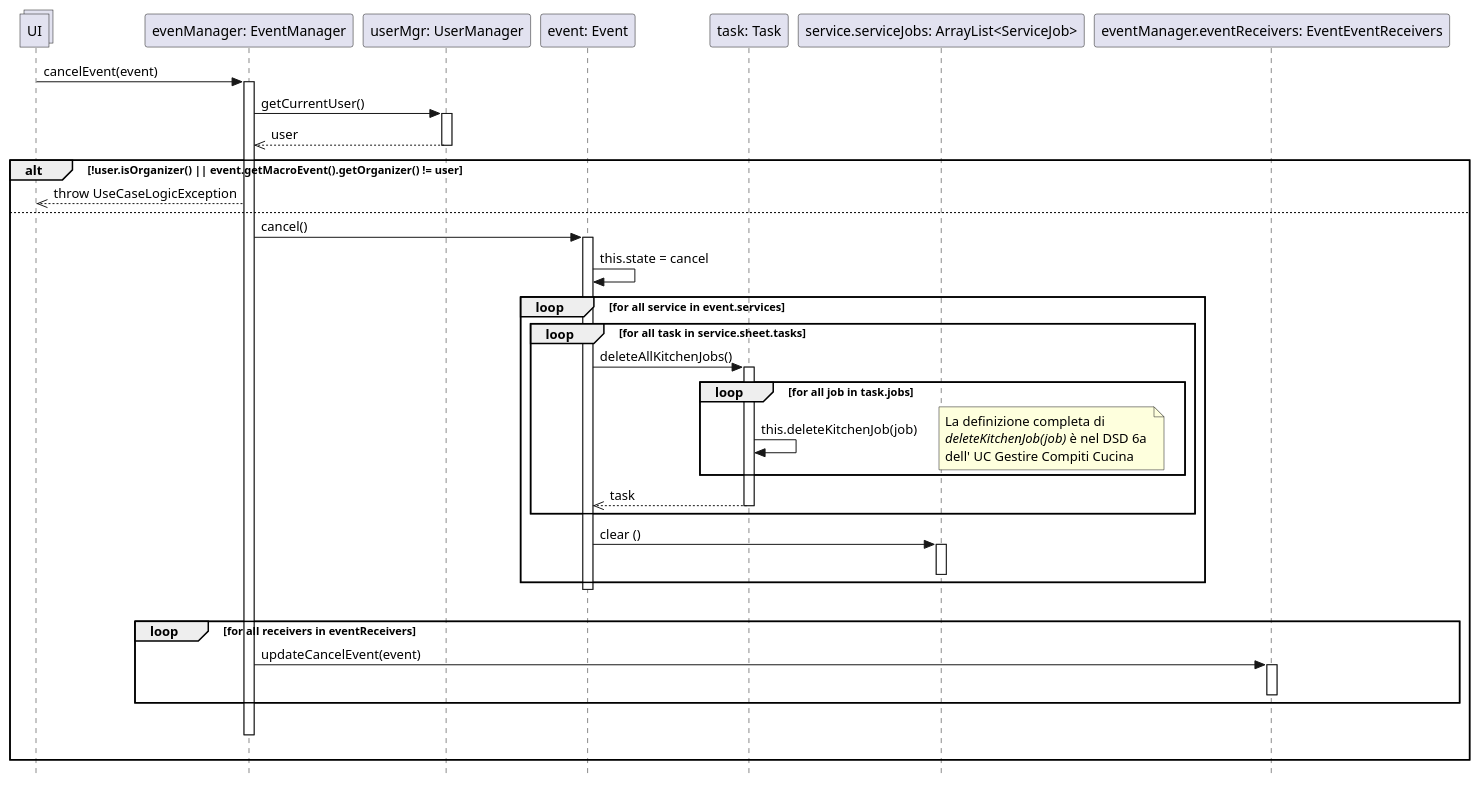
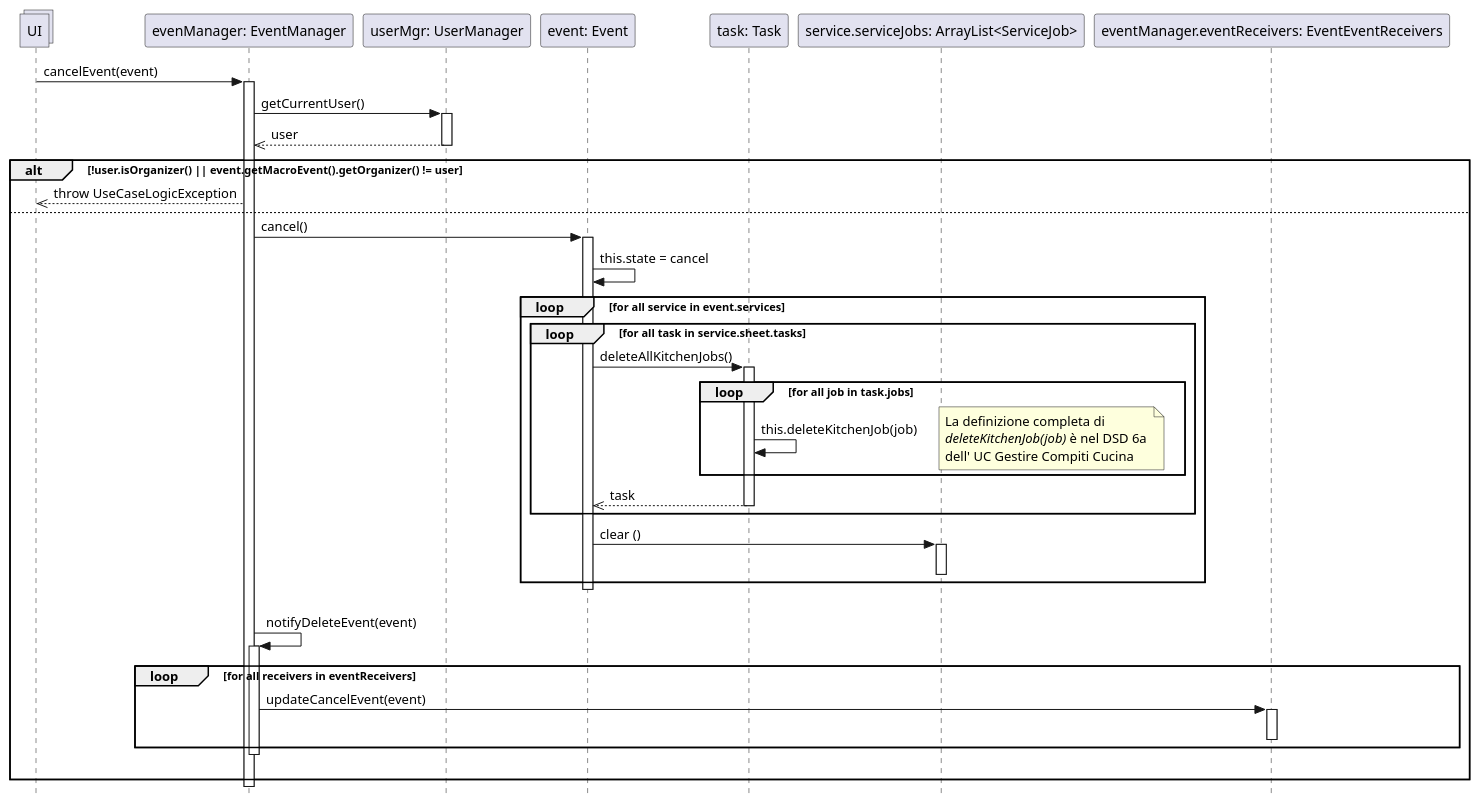
Before and after one commit to stefa168/sas-project: the diagram in UP/Progettazione/UC Gestire Eventi/DSD/DSD Operazione 1a.2.puml, drawn with PlantUML. The commit also changed 3 other files, not shown here.

```diff
--- a/UP/Progettazione/UC Gestire Eventi/DSD/DSD Operazione 1a.2.puml
+++ b/UP/Progettazione/UC Gestire Eventi/DSD/DSD Operazione 1a.2.puml
@@ -1,55 +1,58 @@
 @startuml
 skinparam Style strictuml
 
 collections UI
 participant "evenManager: EventManager" as em
 participant "userMgr: UserManager" as um
 participant "event: Event" as ev
 participant "task: Task" as task
 participant "service.serviceJobs: ArrayList<ServiceJob>" as sj
 participant "eventManager.eventReceivers: EventEventReceivers" as eer
 
 UI -> em: cancelEvent(event)
 activate em
-em -> um: getCurrentUser()
-activate um
-em <<-- um: user
-deactivate um
+    em -> um: getCurrentUser()
+    activate um
+        em <<-- um: user
+    deactivate um
 
-alt !user.isOrganizer() || event.getMacroEvent().getOrganizer() != user
-    UI <<-- em: throw UseCaseLogicException
-else
-    em -> ev: cancel()
-    activate ev
-    ev -> ev: this.state = cancel
+    alt !user.isOrganizer() || event.getMacroEvent().getOrganizer() != user
+        UI <<-- em: throw UseCaseLogicException
+    else
+        em -> ev: cancel()
+        activate ev
+            ev -> ev: this.state = cancel
 
-    loop for all service in event.services
-        loop for all task in service.sheet.tasks
-            ev -> task: deleteAllKitchenJobs()
-            activate task
-            loop for all job in task.jobs
-                task -> task: this.deleteKitchenJob(job)
-                note right: La definizione completa di\n//deleteKitchenJob(job)// è nel DSD 6a \ndell' UC Gestire Compiti Cucina
+            loop for all service in event.services
+                loop for all task in service.sheet.tasks
+                    ev -> task: deleteAllKitchenJobs()
+                    activate task
+                    loop for all job in task.jobs
+                        task -> task: this.deleteKitchenJob(job)
+                        note right: La definizione completa di\n//deleteKitchenJob(job)// è nel DSD 6a \ndell' UC Gestire Compiti Cucina
+                    end
+                    ev <<-- task: task
+                    deactivate task
+
+                end
+
+                ev -> sj: clear ()
+                activate sj
+                deactivate sj
             end
-            ev <<-- task: task
-            deactivate task
 
-        end
+        deactivate ev
+        |||
+        em -> em: notifyDeleteEvent(event)
+        activate em
+            loop for all receivers in eventReceivers
+                em -> eer: updateCancelEvent(event)
+                activate eer
+                deactivate eer
+            end
+        deactivate em
+        |||
 
-        ev -> sj: clear ()
-        activate sj
-        deactivate sj
     end
-
-    deactivate ev
-    |||
-    loop for all receivers in eventReceivers
-        em -> eer: updateCancelEvent(event)
-        activate eer
-        deactivate eer
-    end
-    |||
-    deactivate em
-    |||
-end
+deactivate em
 @enduml
```
